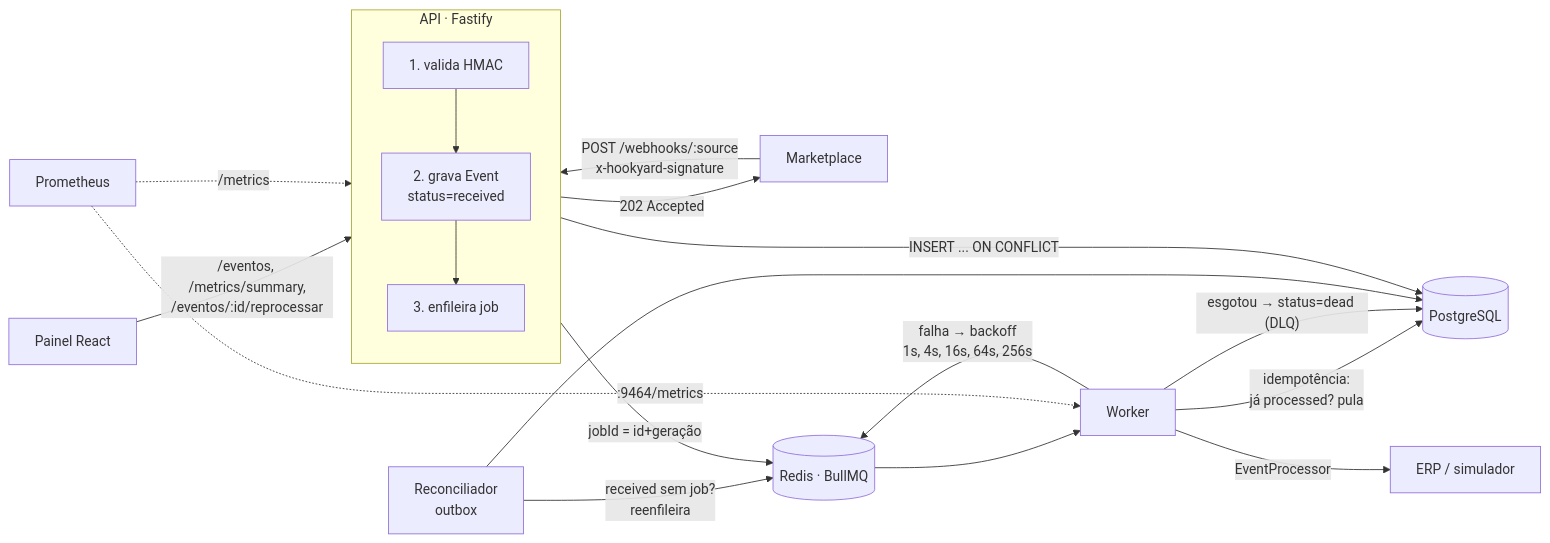
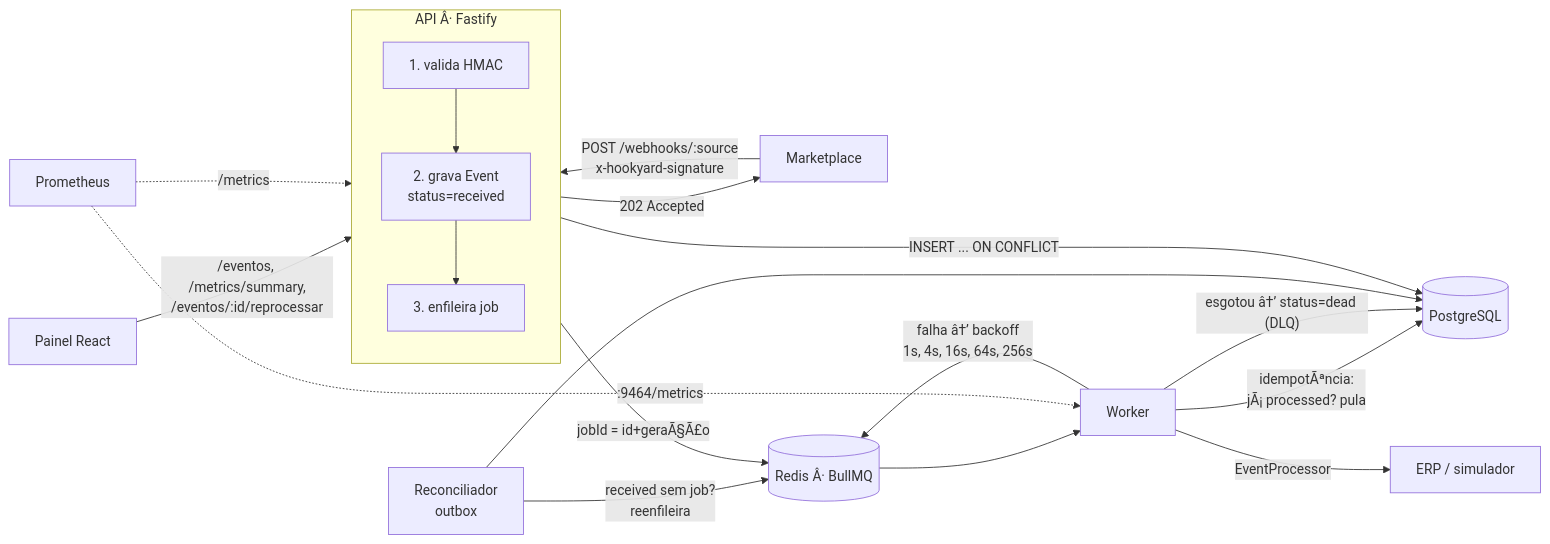
Before and after one commit to MaatheusPolli/hook-yard: the first of 2 diagrams in README.md, drawn with Mermaid. The commit also changed other lines of this file and 1 other file, not shown here.

````diff
--- a/README.md
+++ b/README.md
@@ -19,26 +19,26 @@
 ```mermaid
 flowchart LR
     MP[Marketplace] -- "POST /webhooks/:source<br/>x-hookyard-signature" --> API
 
-    subgraph API [API · Fastify]
+    subgraph API [API Â· Fastify]
       direction TB
       H[1. valida HMAC] --> P[2. grava Event<br/>status=received] --> Q[3. enfileira job]
     end
 
     P -- INSERT ... ON CONFLICT --> PG[(PostgreSQL)]
-    Q -- jobId = id+geração --> R[(Redis · BullMQ)]
+    Q -- jobId = id+geraÃ§Ã£o --> R[(Redis Â· BullMQ)]
     API -- 202 Accepted --> MP
 
     R --> W[Worker]
-    W -- "idempotência:<br/>já processed? pula" --> PG
+    W -- "idempotÃªncia:<br/>jÃ¡ processed? pula" --> PG
     W -- EventProcessor --> ERP[ERP / simulador]
-    W -- "falha → backoff<br/>1s, 4s, 16s, 64s, 256s" --> R
-    W -- "esgotou → status=dead (DLQ)" --> PG
+    W -- "falha â†’ backoff<br/>1s, 4s, 16s, 64s, 256s" --> R
+    W -- "esgotou â†’ status=dead (DLQ)" --> PG
 
     REC[Reconciliador<br/>outbox] -- "received sem job?<br/>reenfileira" --> R
     REC --> PG
 
     UI[Painel React] -- /eventos, /metrics/summary,<br/>/eventos/:id/reprocessar --> API
     PROM[Prometheus] -. /metrics .-> API
     PROM -. :9464/metrics .-> W
 ```
````
